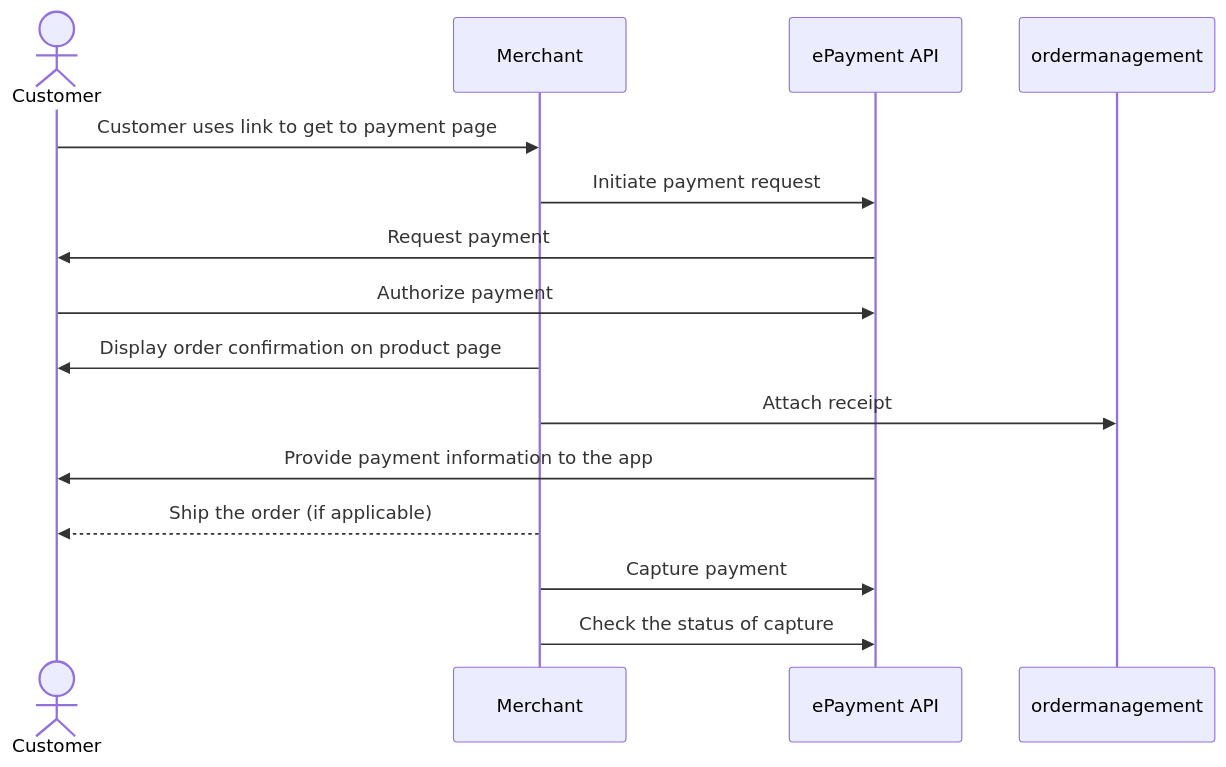
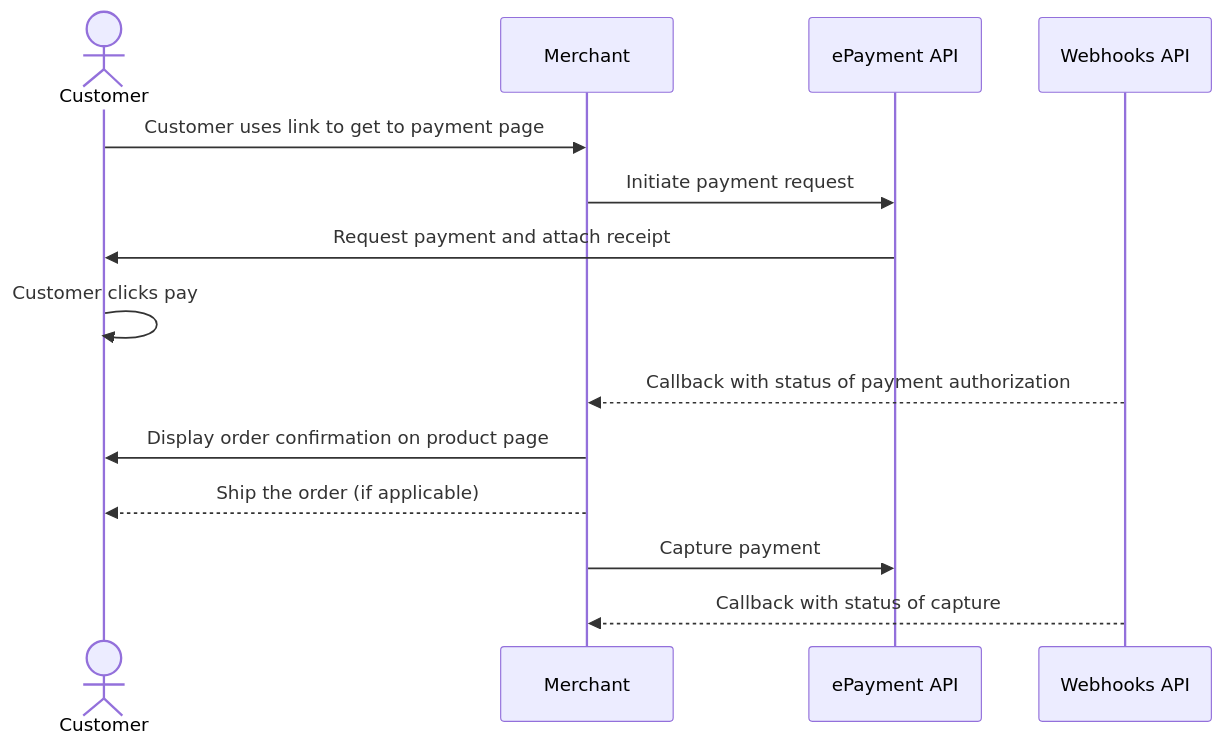
Before and after one commit to vippsas/vipps-solutions: the diagram in invoice-through-epayments/payment-sent-as-link.md, drawn with Mermaid. The commit also changed other lines of this file and 22 other files, not shown here.

First line of the commit message:
Provide unique examples. Add receipt in payment request when possible. (#86)

````diff
--- a/invoice-through-epayments/payment-sent-as-link.md
+++ b/invoice-through-epayments/payment-sent-as-link.md
@@ -73,17 +170,17 @@
 ``` mermaid
 sequenceDiagram
     actor C as Customer
     participant M as Merchant
     participant ePayment as ePayment API
+    participant Webhooks as Webhooks API
     
     C->>M: Customer uses link to get to payment page
     M->>ePayment: Initiate payment request
-    ePayment->>C: Request payment
-    C->>ePayment: Authorize payment
+    ePayment->>C: Request payment and attach receipt
+    C->>C: Customer clicks pay
+    Webhooks-->>M: Callback with status of payment authorization
     M->>C: Display order confirmation on product page
-    M->> ordermanagement: Attach receipt
-    ePayment->>C: Provide payment information to the app
     M-->>C: Ship the order (if applicable)
-    M->>ePayment: Capture payment 
-    M->>ePayment: Check the status of capture
+    M->>ePayment: Capture payment
+    Webhooks-->>M: Callback with status of capture
 ```
````
